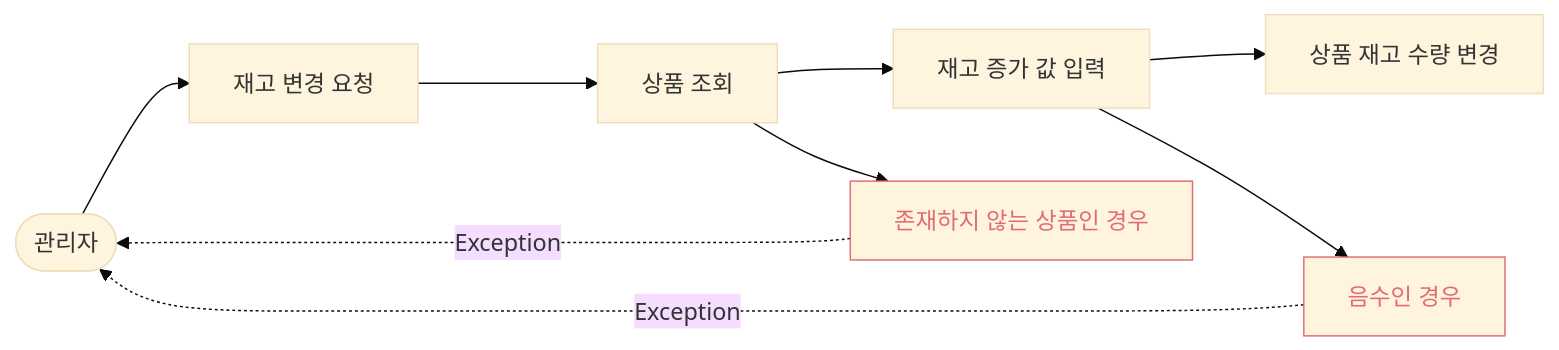
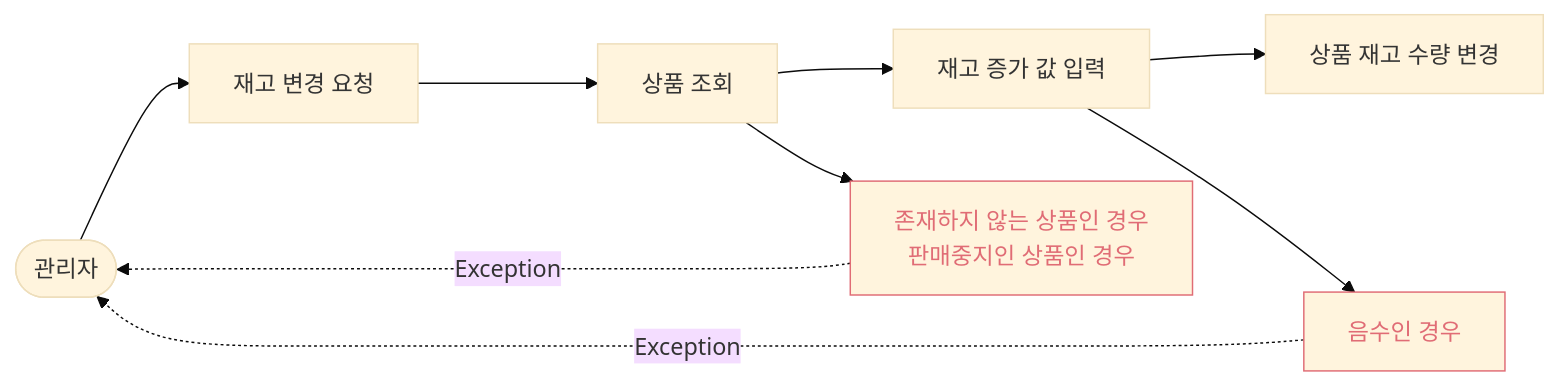
Diagram 17 of 24 in docs/week2/usecase.md (asqwklop12/loop-pack-be-l2-vol5-kotlin), drawn with Mermaid (base theme) before and after one commit. The commit also changed other lines of this file and 47 other files, not shown here.

````diff
--- a/docs/week2/usecase.md
+++ b/docs/week2/usecase.md
@@ -320,15 +325,15 @@
 ```mermaid
 flowchart LR
     관리자([관리자]) --> A[재고 변경 요청]
     A --> B[상품 조회]
     B --> C[재고 증가 값 입력]
     C --> D[상품 재고 수량 변경]
 
-    B --> B1[존재하지 않는 상품인 경우]
+    B --> B1["존재하지 않는 상품인 경우<br/>판매중지인 상품인 경우"]
     C --> C1[음수인 경우]
     B1 -.->|Exception| 관리자
     C1 -.->|Exception| 관리자
 
     classDef fail stroke:#e06c75,color:#e06c75
     class B1,C1 fail
 ```
````
